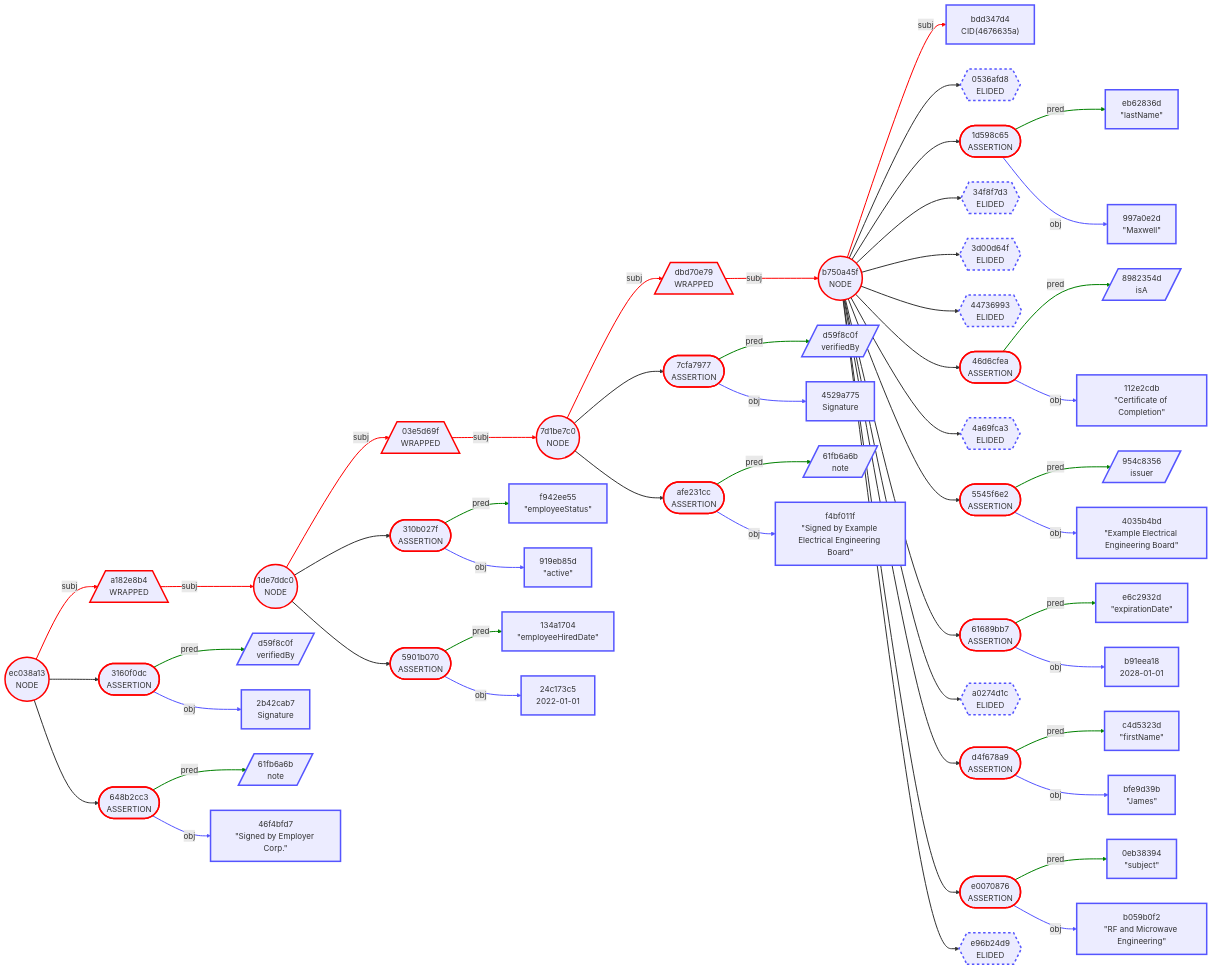
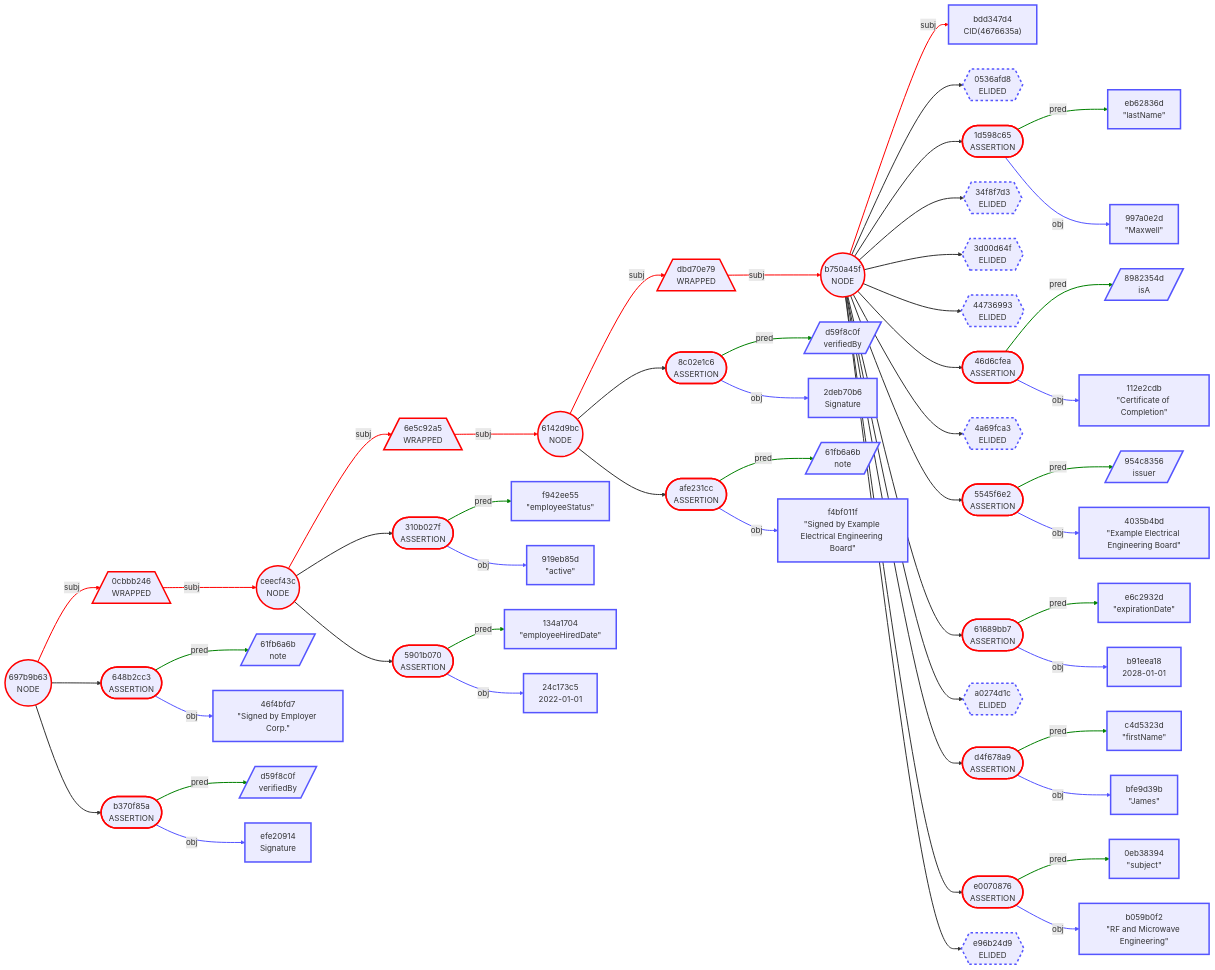
One commit to BlockchainCommons/BCSwiftSecureComponents changed diagram 23 of 24 in Docs/04-OUTPUT-FORMATS.md. Above: the diagram before and after it, drawn with Mermaid. The commit also changed other lines of this file and 6 other files, not shown here.

````diff
--- a/Docs/04-OUTPUT-FORMATS.md
+++ b/Docs/04-OUTPUT-FORMATS.md
@@ -1077,10 +1985,10 @@
 ```mermaid
 graph LR
-    1(("ec038a13<br/>NODE"))
-    2[/"a182e8b4<br/>WRAPPED"\]
-    3(("1de7ddc0<br/>NODE"))
-    4[/"03e5d69f<br/>WRAPPED"\]
-    5(("7d1be7c0<br/>NODE"))
+    1(("697b9b63<br/>NODE"))
+    2[/"0cbbb246<br/>WRAPPED"\]
+    3(("ceecf43c<br/>NODE"))
+    4[/"6e5c92a5<br/>WRAPPED"\]
+    5(("6142d9bc<br/>NODE"))
     6[/"dbd70e79<br/>WRAPPED"\]
     7(("b750a45f<br/>NODE"))
     8["bdd347d4<br/>CID(4676635a)"]
@@ -1109,9 +2017,9 @@
     31["0eb38394<br/>#quot;subject#quot;"]
     32["b059b0f2<br/>#quot;RF and Microwave Engineering#quot;"]
     33{{"e96b24d9<br/>ELIDED"}}
-    34(["7cfa7977<br/>ASSERTION"])
+    34(["8c02e1c6<br/>ASSERTION"])
     35[/"d59f8c0f<br/>verifiedBy"/]
-    36["4529a775<br/>Signature"]
+    36["2deb70b6<br/>Signature"]
     37(["afe231cc<br/>ASSERTION"])
     38[/"61fb6a6b<br/>note"/]
     39["f4bf011f<br/>#quot;Signed by Example Electrical Engineering Board#quot;"]
@@ -1121,12 +2029,12 @@
     43(["5901b070<br/>ASSERTION"])
     44["134a1704<br/>#quot;employeeHiredDate#quot;"]
     45["24c173c5<br/>2022-01-01"]
-    46(["3160f0dc<br/>ASSERTION"])
-    47[/"d59f8c0f<br/>verifiedBy"/]
-    48["2b42cab7<br/>Signature"]
-    49(["648b2cc3<br/>ASSERTION"])
-    50[/"61fb6a6b<br/>note"/]
-    51["46f4bfd7<br/>#quot;Signed by Employer Corp.#quot;"]
+    46(["648b2cc3<br/>ASSERTION"])
+    47[/"61fb6a6b<br/>note"/]
+    48["46f4bfd7<br/>#quot;Signed by Employer Corp.#quot;"]
+    49(["b370f85a<br/>ASSERTION"])
+    50[/"d59f8c0f<br/>verifiedBy"/]
+    51["efe20914<br/>Signature"]
     1 -->|subj| 2
     2 -->|subj| 3
     3 -->|subj| 4
````
